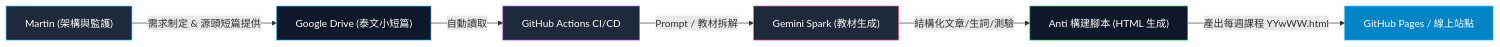
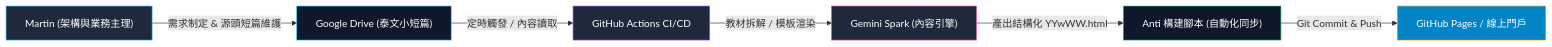
Before and after one commit to voyagermartin/Thai_Weekly: the diagram in HANDBOOK.MD, drawn with Mermaid. The commit also changed other lines of this file, not shown here.

Commit message:
docs: update HANDBOOK to v1.2 documenting Royal Purple/Gold UI, dual-engine TTS, and portal architecture

````diff
--- a/HANDBOOK.MD
+++ b/HANDBOOK.MD
@@ -18,14 +18,14 @@
 ```mermaid
 flowchart LR
-    A["Martin (架構與監護)"] -->|需求制定 & 源頭短篇提供| B["Google Drive (泰文小短篇)"]
-    B -->|自動讀取| C["GitHub Actions CI/CD"]
-    C -->|Prompt / 教材拆解| D["Gemini Spark (教材生成)"]
-    D -->|結構化文章/生詞/測驗| E["Anti 構建腳本 (HTML 生成)"]
-    E -->|產出每週課程 YYwWW.html| F["GitHub Pages / 線上站點"]
+    A["Martin (架構與業務主理)"] -->|需求制定 & 源頭短篇維護| B["Google Drive (泰文小短篇)"]
+    B -->|定時觸發 / 內容讀取| C["GitHub Actions CI/CD"]
+    C -->|教材拆解 / 模板渲染| D["Gemini Spark (內容引擎)"]
+    D -->|產出結構化 YYwWW.html| E["Anti 構建腳本 (自動化同步)"]
+    E -->|Git Commit & Push| F["GitHub Pages / 線上門戶"]
     style A fill:#1e293b,stroke:#38bdf8,color:#fff
     style B fill:#0f172a,stroke:#38bdf8,color:#fff
     style C fill:#1e293b,stroke:#a855f7,color:#fff
     style D fill:#1e293b,stroke:#ec4899,color:#fff
     style E fill:#0f172a,stroke:#22c55e,color:#fff
-    style F fill:#0284c7,stroke:#38bdf8,color:#fff
+    style F fill:#0284c7,stroke:#f59e0b,color:#fff
 ```
````
